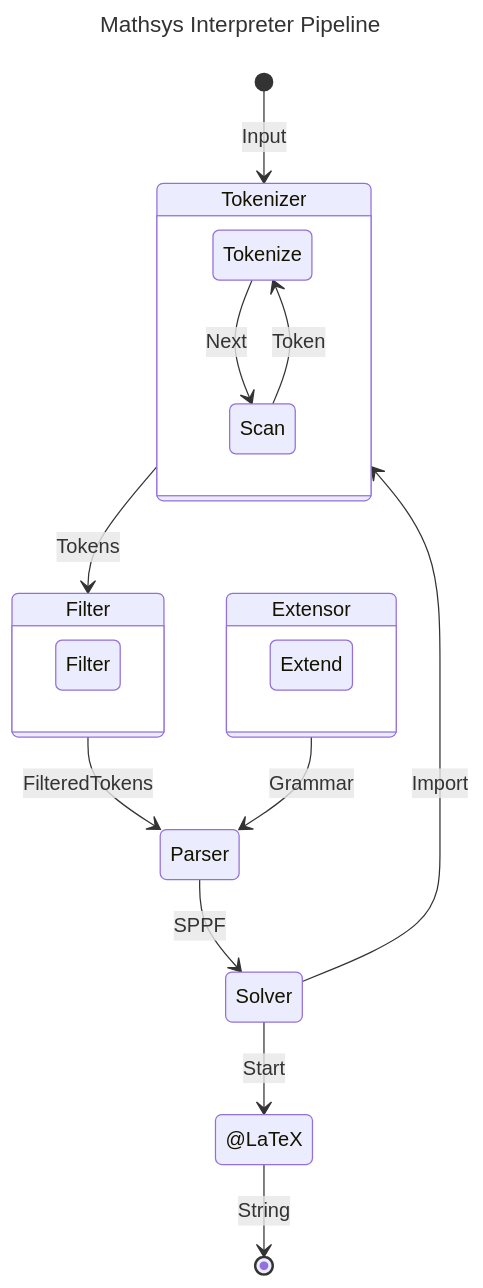
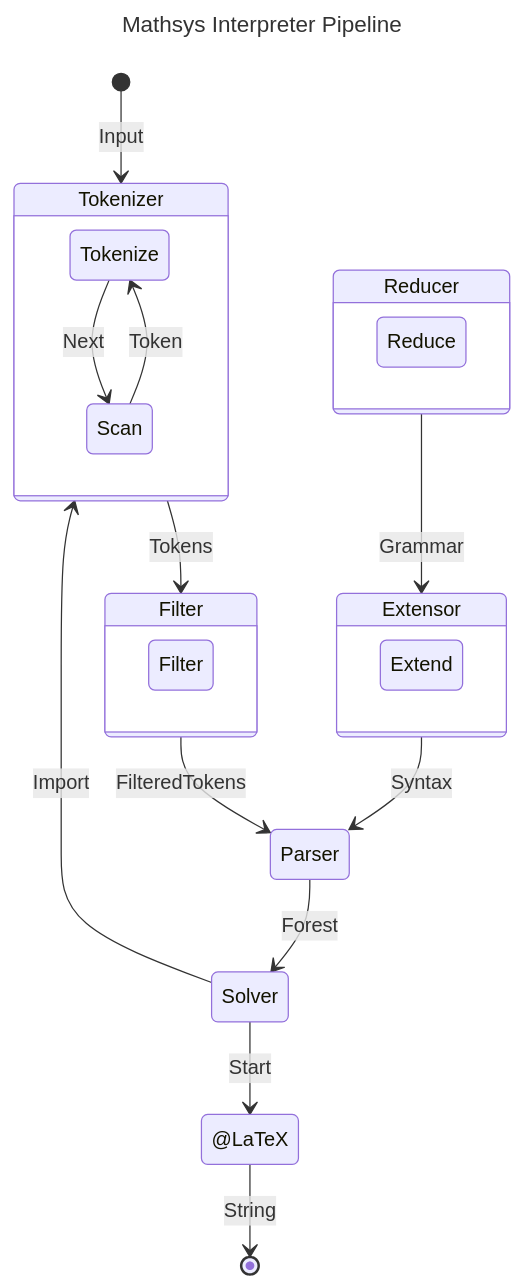
One commit to alejandro-vaz/mathsys changed the diagram in README.md. Above: the diagram before and after it, drawn with Mermaid. The commit also changed other lines of this file and 29 other files, not shown here.

````diff
--- a/README.md
+++ b/README.md
@@ -28,32 +28,36 @@
 ```mermaid
 ---
 title: Mathsys Interpreter Pipeline
 ---
 stateDiagram-v2
     %% states
     state Tokenizer {
         Tokenize
         Scan
         Tokenize --> Scan: Next
         Scan --> Tokenize: Token
     }
     state Filter {
         Filter2: Filter
     }
+    state Reducer {
+        Reduce
+    }
     state Extensor {
         Extend
     }
     state Parser
     state Solver
     state @LaTeX
 
     %% edges
     [*] --> Tokenizer: Input
     Tokenizer --> Filter: Tokens
     Filter --> Parser: FilteredTokens
-    Extensor --> Parser: Grammar
-    Parser --> Solver: SPPF
+    Reducer --> Extensor: Grammar
+    Extensor --> Parser: Syntax
+    Parser --> Solver: Forest
     Solver --> Tokenizer: Import
     Solver --> @LaTeX: Start
     @LaTeX --> [*]: String
 ```
````
